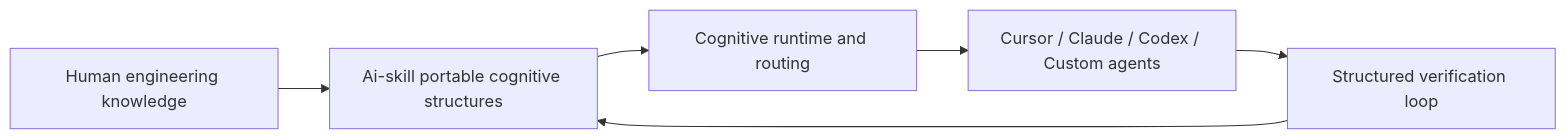
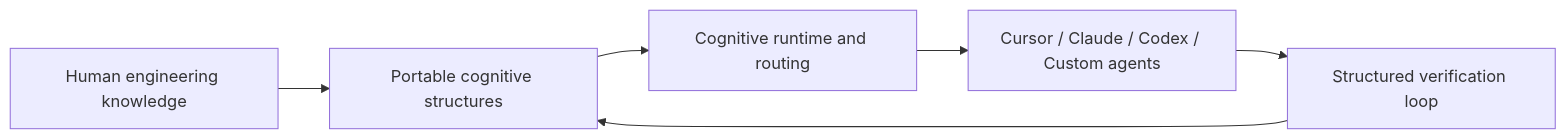
The diagram in plans/active/2026-05-26-1039-landing-page-positioning-refresh.md (linyihong/ai-skill), drawn with Mermaid before and after one commit. The commit also changed other lines of this file and 1 other file, not shown here.

First line of the commit message:
plan: clarify cognitive system naming

````diff
--- a/plans/active/2026-05-26-1039-landing-page-positioning-refresh.md
+++ b/plans/active/2026-05-26-1039-landing-page-positioning-refresh.md
@@ -230,8 +233,8 @@
 ```mermaid
 flowchart LR
-    HumanKnowledge["Human engineering knowledge"] --> AiSkill["Ai-skill portable cognitive structures"]
-    AiSkill --> Runtime["Cognitive runtime and routing"]
+    HumanKnowledge["Human engineering knowledge"] --> CognitiveSystem["Portable cognitive structures"]
+    CognitiveSystem --> Runtime["Cognitive runtime and routing"]
     Runtime --> Agents["Cursor / Claude / Codex / Custom agents"]
     Agents --> Verification["Structured verification loop"]
-    Verification --> AiSkill
+    Verification --> CognitiveSystem
 ```
````
